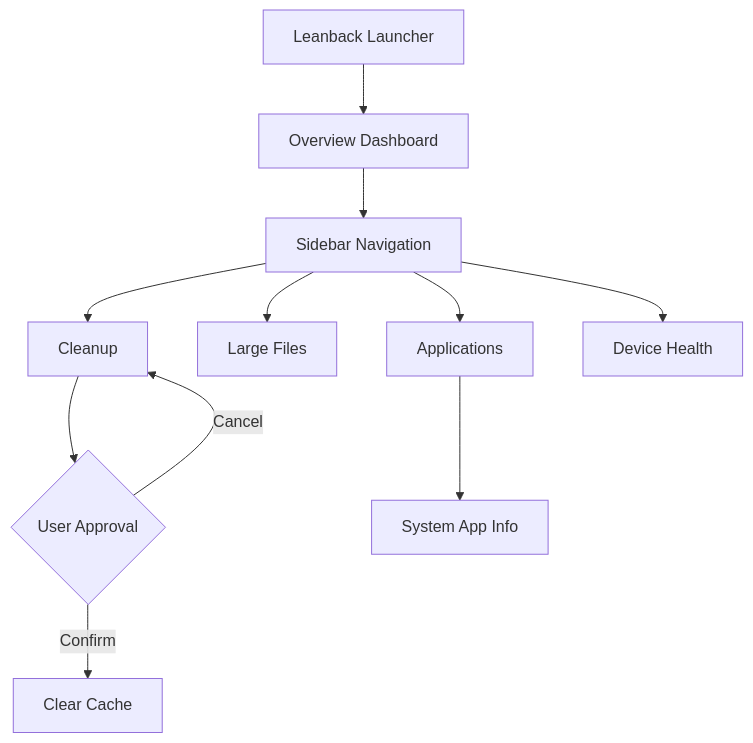
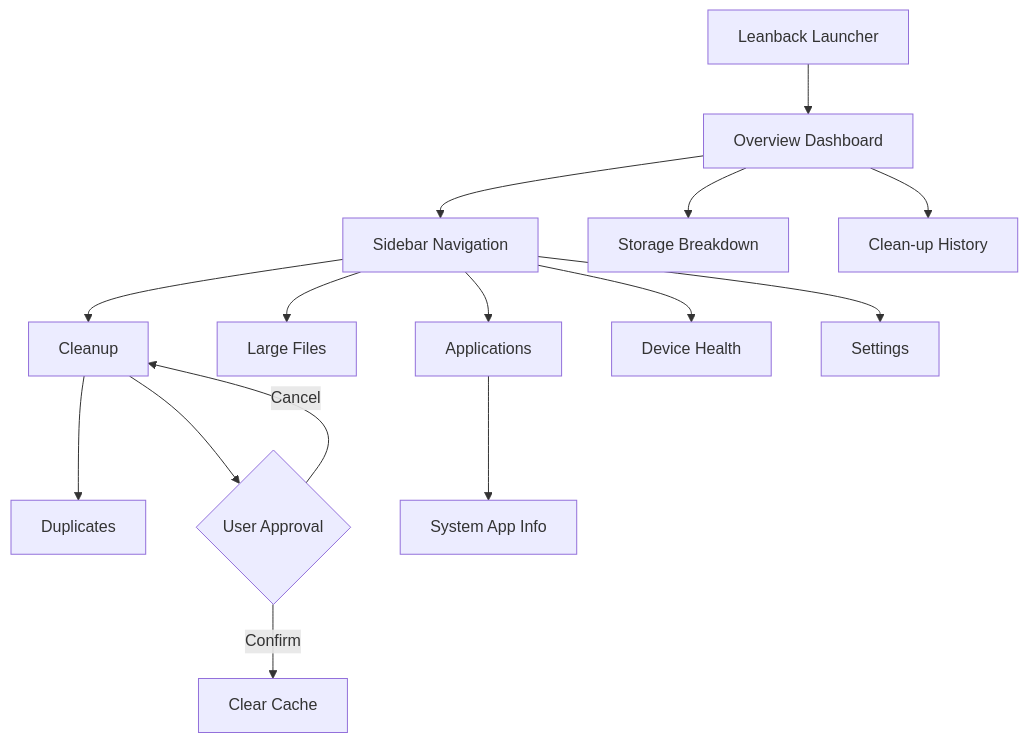
Before and after one commit to daygle/TeeVClean: the diagram in README.md, drawn with Mermaid. The commit also changed other lines of this file, not shown here.

Commit message:
Describe the UI layer as MVVM and map all screens in the diagram
The README still called the architecture MVI-inspired and the flow diagram
omitted Settings, Storage Breakdown, Clean-up History and Duplicates, so
readers could not tell how the screens connect. Also drop the "install" step
from the build instructions since assembleDebug only builds the APK.

🤖 Generated with Codebuff

````diff
--- a/README.md
+++ b/README.md
@@ -40,15 +40,20 @@
 ```mermaid
 graph TD
     A[Leanback Launcher] --> B[Overview Dashboard]
     B --> C[Sidebar Navigation]
     C --> D[Cleanup]
     C --> E[Large Files]
     C --> F[Applications]
     C --> G[Device Health]
-    
+    C --> K[Settings]
+
+    B --> L[Storage Breakdown]
+    B --> M[Clean-up History]
+    D --> N[Duplicates]
+
     D --> H{User Approval}
     H -- Confirm --> I[Clear Cache]
     H -- Cancel --> D
     
     F --> J[System App Info]
 ```
````
